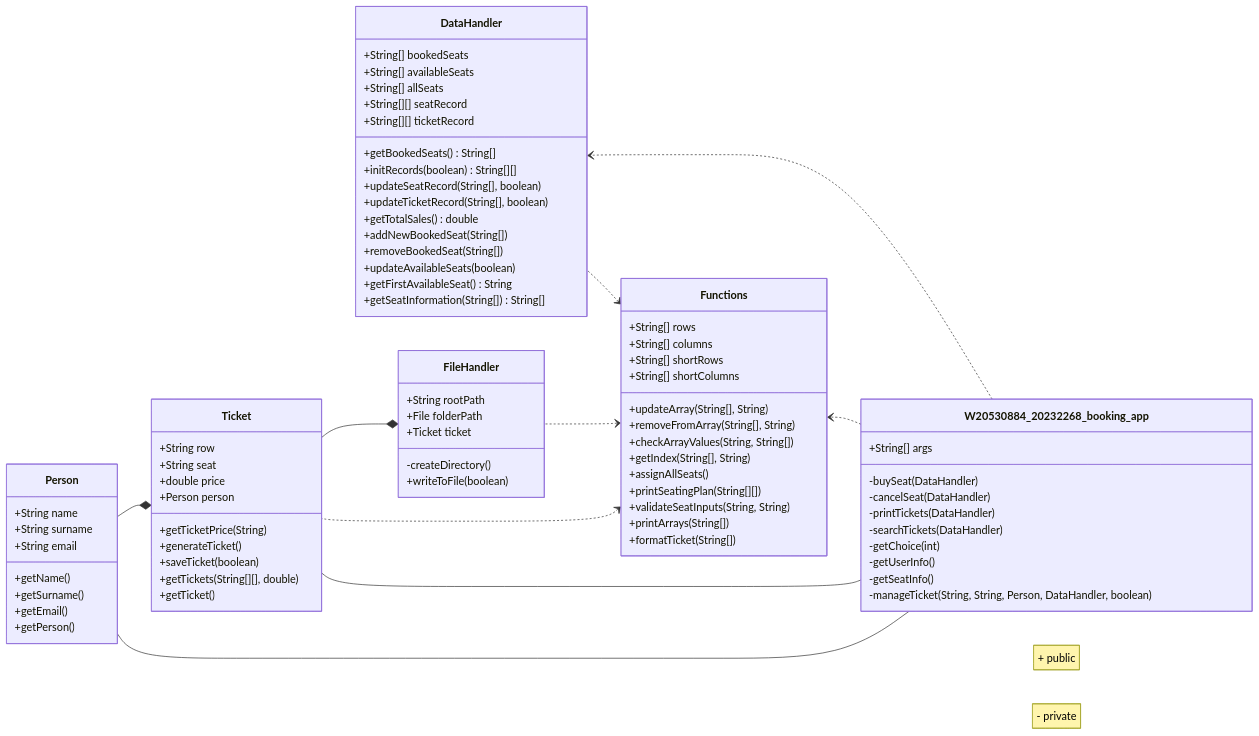
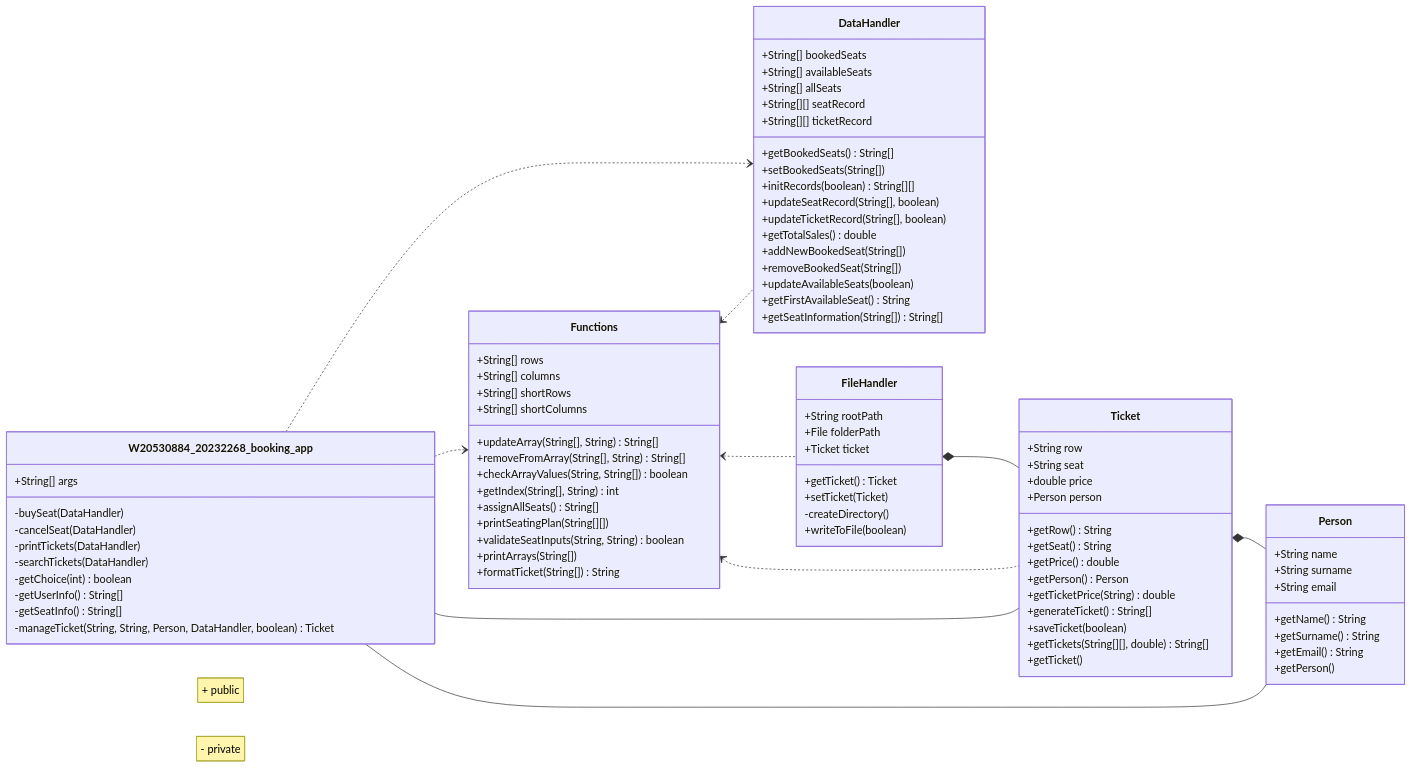
One commit to anuja-rahul/booking-app-javaCW changed the diagram in README.md. Above: the diagram before and after it, drawn with Mermaid.

Commit message:
updated class diagram.

```diff
--- a/README.md
+++ b/README.md
@@ -32,7 +32,7 @@
     note "+ public"
     note "- private"
     
-    direction RL
+    direction LR
     
   W20530884_20232268_booking_app -- Ticket
   Functions <.. DataHandler
@@ -49,10 +49,10 @@
   W20530884_20232268_booking_app: -cancelSeat(DataHandler)
   W20530884_20232268_booking_app: -printTickets(DataHandler)
   W20530884_20232268_booking_app: -searchTickets(DataHandler)
-  W20530884_20232268_booking_app: -getChoice(int)
-  W20530884_20232268_booking_app: -getUserInfo()
-  W20530884_20232268_booking_app: -getSeatInfo()
-  W20530884_20232268_booking_app: -manageTicket(String, String, Person, DataHandler, boolean)
+  W20530884_20232268_booking_app: -getChoice(int) boolean
+  W20530884_20232268_booking_app: -getUserInfo() String[]
+  W20530884_20232268_booking_app: -getSeatInfo() String[]
+  W20530884_20232268_booking_app: -manageTicket(String, String, Person, DataHandler, boolean) Ticket
   
   class DataHandler{
     +String[] bookedSeats
@@ -61,6 +61,7 @@
     +String[][] seatRecord
     +String[][] ticketRecord
     +getBookedSeats() String[]
+    +setBookedSeats(String[])
     +initRecords(boolean) String[][]
     +updateSeatRecord(String[], boolean) 
     +updateTicketRecord(String[], boolean)
@@ -76,6 +77,8 @@
     +String rootPath
     +File folderPath
     +Ticket ticket
+    +getTicket() Ticket
+    +setTicket(Ticket)
     -createDirectory()
     +writeToFile(boolean)
   }
@@ -85,10 +88,14 @@
     +String seat
     +double price
     +Person person
-    +getTicketPrice(String)
-    +generateTicket()
+    +getRow() String
+    +getSeat() String
+    +getPrice() double
+    +getPerson() Person
+    +getTicketPrice(String) double
+    +generateTicket() String[]
     +saveTicket(boolean)
-    +getTickets(String[][], double)
+    +getTickets(String[][], double) String[]
     +getTicket()
   }
 
@@ -96,9 +103,9 @@
     +String name
     +String surname
     +String email
-    +getName()
-    +getSurname()
-    +getEmail()
+    +getName() String
+    +getSurname() String
+    +getEmail() String
     +getPerson()
   }
 
@@ -107,15 +114,15 @@
     +String[] columns
     +String[] shortRows
     +String[] shortColumns
-    +updateArray(String[], String)
-    +removeFromArray(String[], String)
-    +checkArrayValues(String, String[])
-    +getIndex(String[], String)
-    +assignAllSeats()
+    +updateArray(String[], String) String[]
+    +removeFromArray(String[], String) String[]
+    +checkArrayValues(String, String[]) boolean
+    +getIndex(String[], String) int
+    +assignAllSeats() String[]
     +printSeatingPlan(String[][])
-    +validateSeatInputs(String, String)
+    +validateSeatInputs(String, String) boolean
     +printArrays(String[])
-    +formatTicket(String[])
+    +formatTicket(String[]) String
   }
 
   
```
